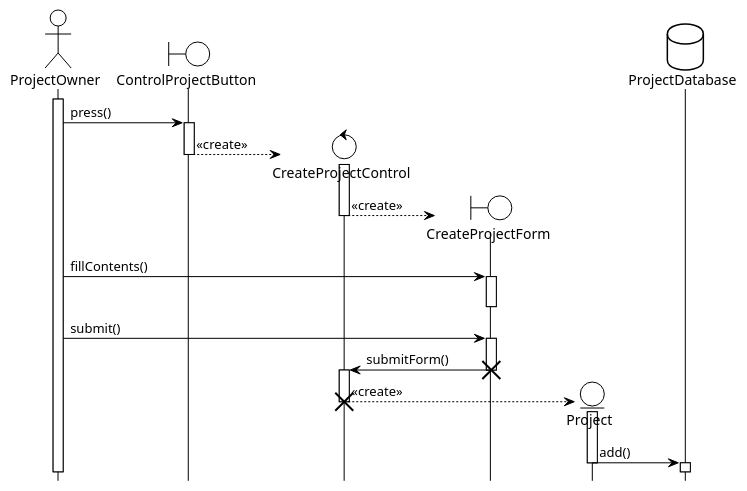
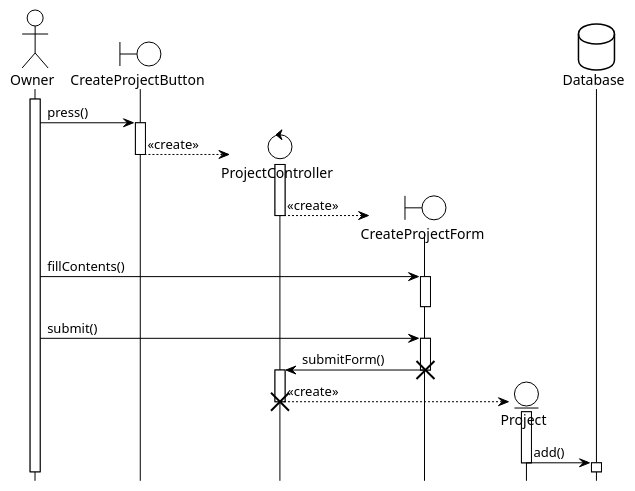
The diagram in Use case sequence diagrams/CreateProject.puml (BlueMango10/Project-uml), drawn with PlantUML before and after one commit. The commit also changed 22 other files, not shown here.

Commit message:
redfined sequence diagrams and use case

```diff
--- a/Use case sequence diagrams/CreateProject.puml
+++ b/Use case sequence diagrams/CreateProject.puml
@@ -1,45 +1,45 @@
 @startuml CreateProject
 !theme plain
 hide footbox
-actor ProjectOwner as po
-boundary ControlProjectButton as cpb
-control CreateProjectControl as cpc
+actor Owner as po
+boundary CreateProjectButton as cpb
+control ProjectController as cpc
 boundary CreateProjectForm as cpf
 entity Project as p
-database ProjectDatabase as pd
+database Database as pd
 
 activate po
 
 po -> cpb : press()
 activate cpb
 
 create cpc
 cpb --> cpc : <<create>>
 deactivate cpb
 activate cpc
 
 create cpf
 cpc --> cpf : <<create>>
 deactivate cpc
 
 po -> cpf : fillContents()
 activate cpf
 deactivate cpf
 
 po -> cpf : submit()
 activate cpf
 
 cpf -> cpc : submitForm()
 destroy cpf
 activate cpc
 
 create p
 cpc --> p : <<create>>
 destroy cpc
 activate p
 
 p -> pd : add()
 deactivate p
 activate pd
 deactivate pd
 @enduml  
```
